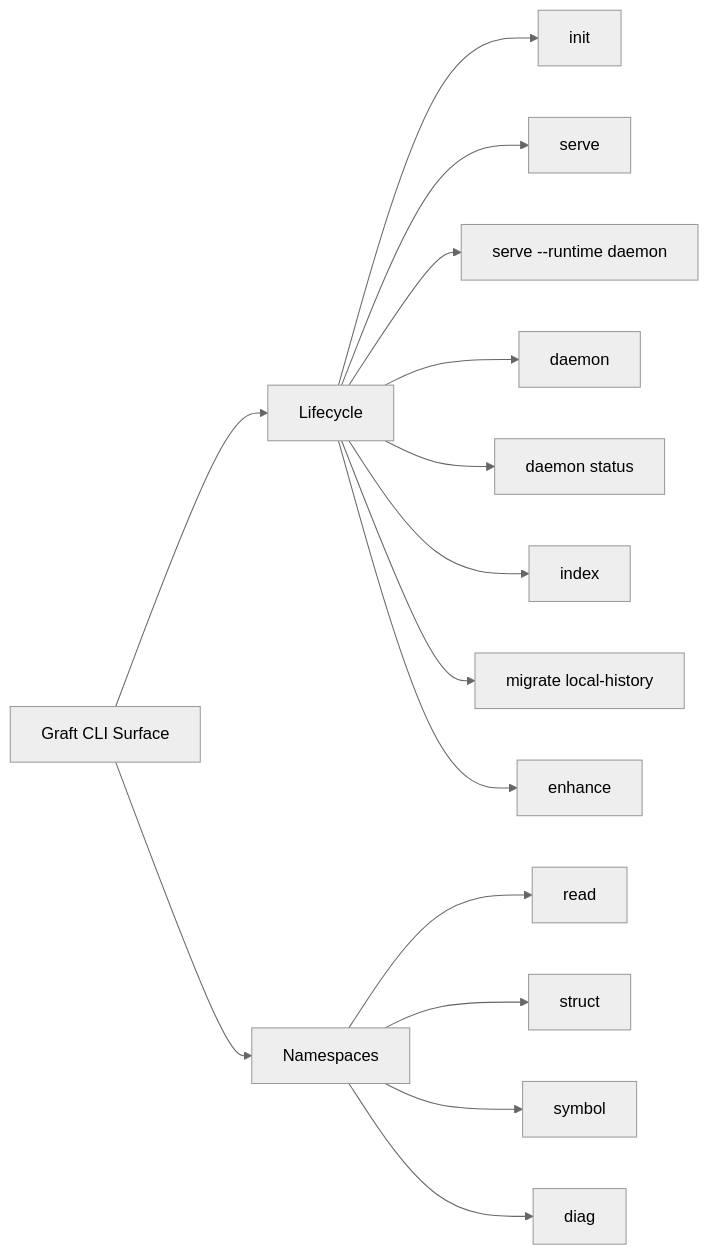
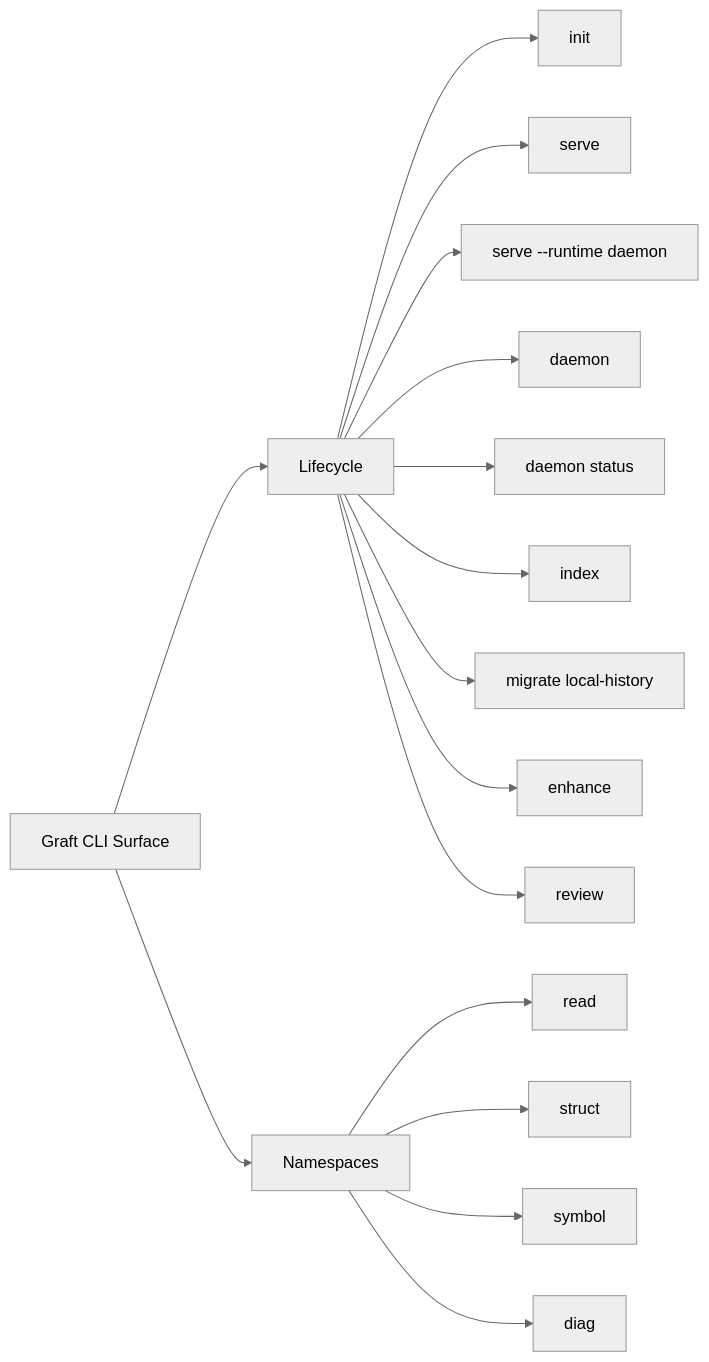
Before and after one commit to flyingrobots/graft: the diagram in docs/CLI.md, drawn with Mermaid (neutral theme). The commit also changed other lines of this file and 13 other files, not shown here.

````diff
--- a/docs/CLI.md
+++ b/docs/CLI.md
@@ -5,17 +5,18 @@
 ```mermaid
 flowchart LR
     A[Graft CLI Surface] --> B[Lifecycle]
     A --> C[Namespaces]
     B --> B1[init]
     B --> B2[serve]
     B --> B3[serve --runtime daemon]
     B --> B4[daemon]
     B --> B5[daemon status]
     B --> B6[index]
     B --> B7[migrate local-history]
     B --> B8[enhance]
+    B --> B9[review]
     C --> C1[read]
     C --> C2[struct]
     C --> C3[symbol]
     C --> C4[diag]
 ```
````
